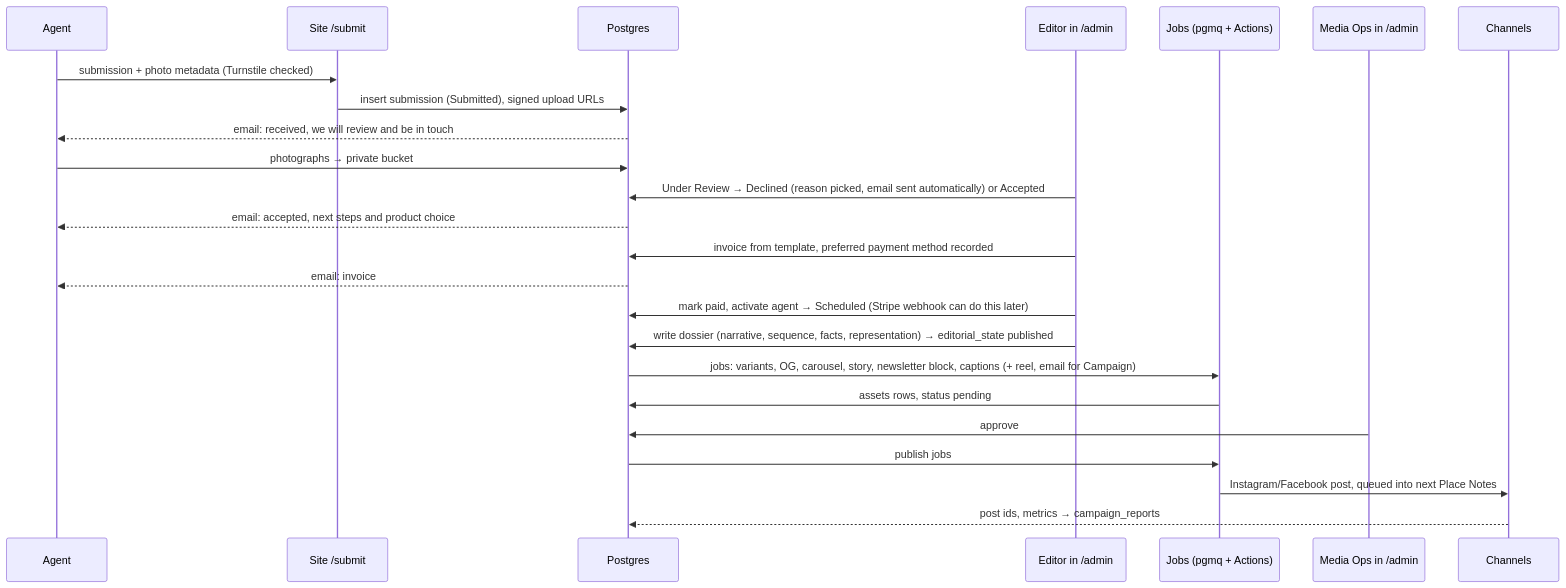
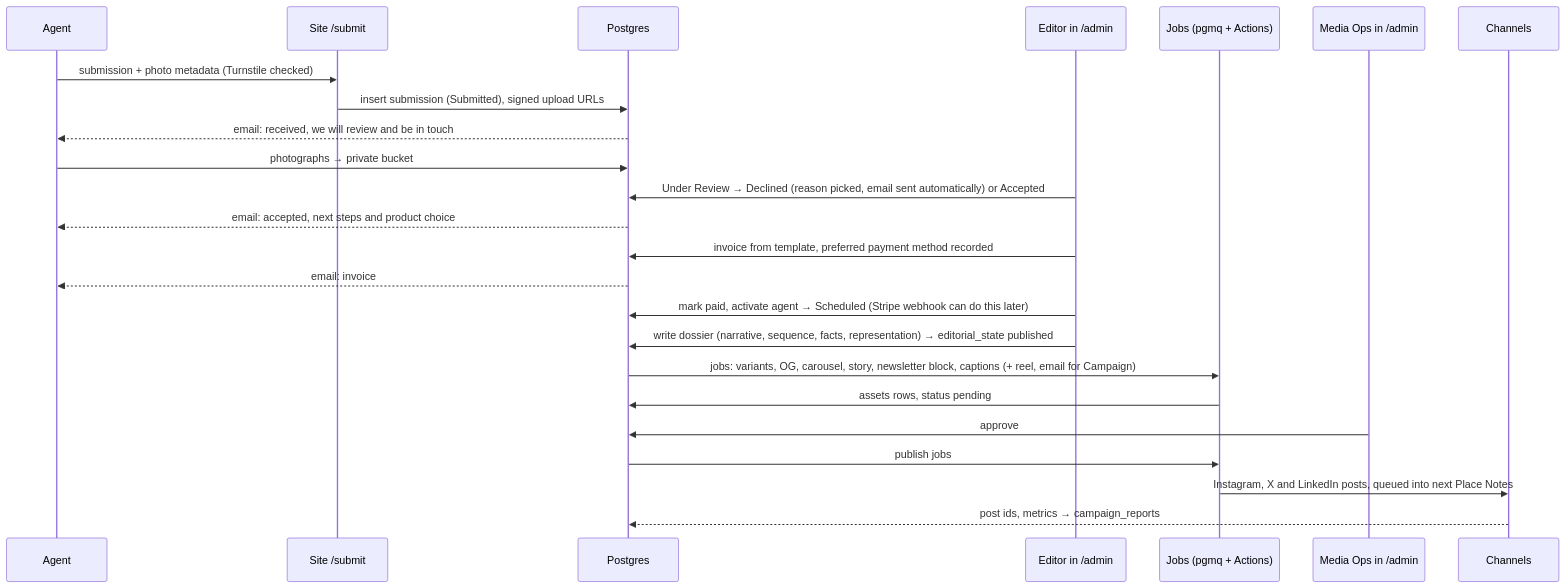
Before and after one commit to AbdulrahmanAmer/matter-of-place: the second of 4 diagrams in workspace/03-diagrams/big-diagram.md, drawn with Mermaid. The commit also changed other lines of this file and 45 other files, not shown here.

First line of the commit message:
S48 social channels: Instagram, X, LinkedIn live; Facebook and YouTube as disabled blocks; Pinterest dropped

````diff
--- a/workspace/03-diagrams/big-diagram.md
+++ b/workspace/03-diagrams/big-diagram.md
@@ -107,27 +110,27 @@
 ```mermaid
 sequenceDiagram
   participant A as Agent
   participant S as Site /submit
   participant D as Postgres
   participant E as Editor in /admin
   participant J as Jobs (pgmq + Actions)
   participant M as Media Ops in /admin
   participant O as Channels
 
   A->>S: submission + photo metadata (Turnstile checked)
   S->>D: insert submission (Submitted), signed upload URLs
   D-->>A: email: received, we will review and be in touch
   A->>D: photographs → private bucket
   E->>D: Under Review → Declined (reason picked, email sent automatically) or Accepted
   D-->>A: email: accepted, next steps and product choice
   E->>D: invoice from template, preferred payment method recorded
   D-->>A: email: invoice
   E->>D: mark paid, activate agent → Scheduled (Stripe webhook can do this later)
   E->>D: write dossier (narrative, sequence, facts, representation) → editorial_state published
   D->>J: jobs: variants, OG, carousel, story, newsletter block, captions (+ reel, email for Campaign)
   J->>D: assets rows, status pending
   M->>D: approve
   D->>J: publish jobs
-  J->>O: Instagram/Facebook post, queued into next Place Notes
+  J->>O: Instagram, X and LinkedIn posts, queued into next Place Notes
   O-->>D: post ids, metrics → campaign_reports
 ```
````
